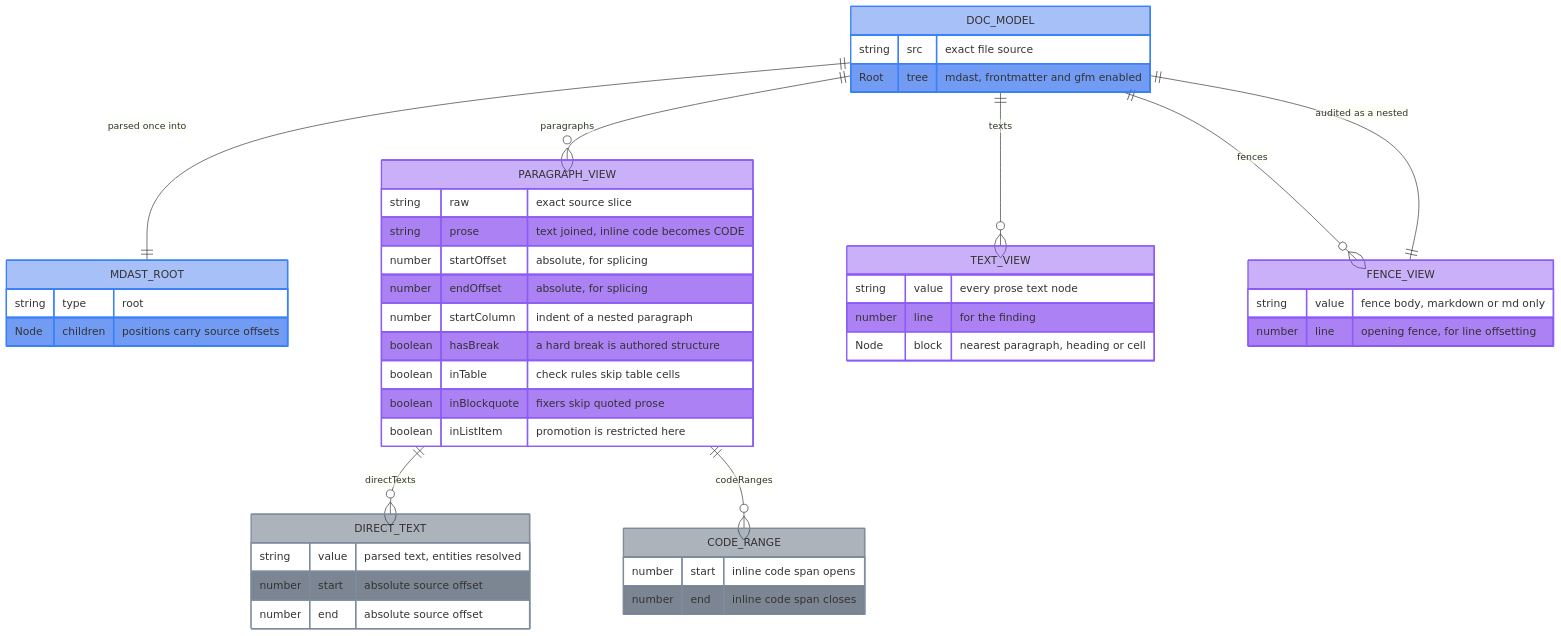
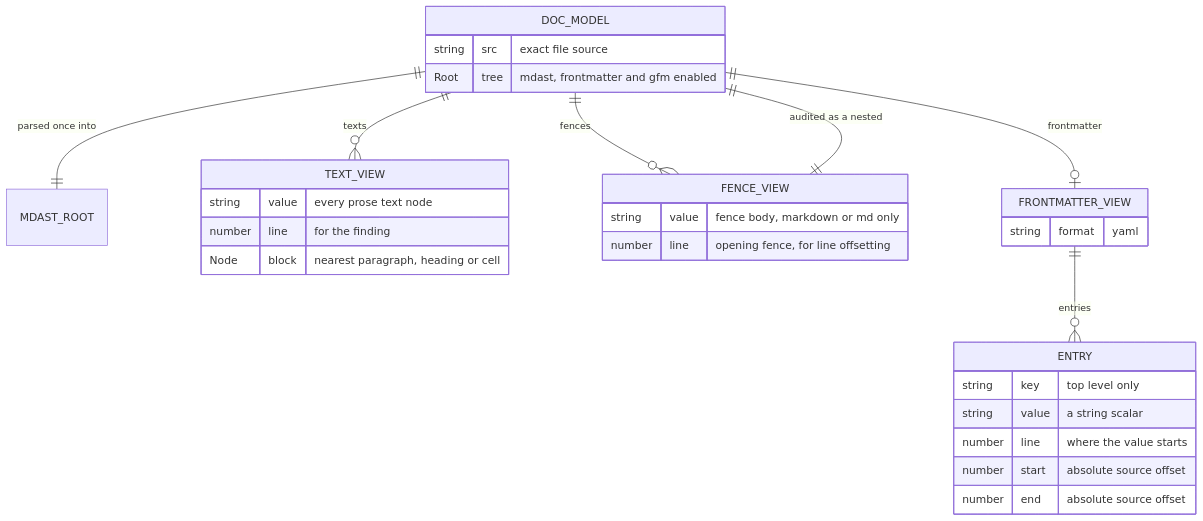
The third of 19 diagrams in docs/DATA_MODEL.md (jpeakai/jpai-prose-gates), drawn with Mermaid before and after one commit. The commit also changed other lines of this file, not shown here.

First line of the commit message:
docs: recalibrate the DATA_MODEL diagrams for portable rendering, dual density

````diff
--- a/docs/DATA_MODEL.md
+++ b/docs/DATA_MODEL.md
@@ -40,59 +86,33 @@
 ```mermaid
 erDiagram
     DOC_MODEL ||--|| MDAST_ROOT : "parsed once into"
-    DOC_MODEL ||--o{ PARAGRAPH_VIEW : "paragraphs"
     DOC_MODEL ||--o{ TEXT_VIEW : "texts"
     DOC_MODEL ||--o{ FENCE_VIEW : "fences"
-    PARAGRAPH_VIEW ||--o{ DIRECT_TEXT : "directTexts"
-    PARAGRAPH_VIEW ||--o{ CODE_RANGE : "codeRanges"
+    DOC_MODEL ||--o| FRONTMATTER_VIEW : "frontmatter"
+    FRONTMATTER_VIEW ||--o{ ENTRY : "entries"
     FENCE_VIEW ||--|| DOC_MODEL : "audited as a nested"
 
     DOC_MODEL {
         string src "exact file source"
         Root tree "mdast, frontmatter and gfm enabled"
-    }
-    MDAST_ROOT {
-        string type "root"
-        Node children "positions carry source offsets"
-    }
-    PARAGRAPH_VIEW {
-        string raw "exact source slice"
-        string prose "text joined, inline code becomes CODE"
-        number startOffset "absolute, for splicing"
-        number endOffset "absolute, for splicing"
-        number startColumn "indent of a nested paragraph"
-        boolean hasBreak "a hard break is authored structure"
-        boolean inTable "check rules skip table cells"
-        boolean inBlockquote "fixers skip quoted prose"
-        boolean inListItem "promotion is restricted here"
-    }
-    DIRECT_TEXT {
-        string value "parsed text, entities resolved"
-        number start "absolute source offset"
-        number end "absolute source offset"
-    }
-    CODE_RANGE {
-        number start "inline code span opens"
-        number end "inline code span closes"
     }
     TEXT_VIEW {
         string value "every prose text node"
         number line "for the finding"
         Node block "nearest paragraph, heading or cell"
     }
     FENCE_VIEW {
         string value "fence body, markdown or md only"
         number line "opening fence, for line offsetting"
     }
-
-    %% Attribute rows alternate, and only the even ones take a classDef fill.
-    %% The odd ones keep the theme background, so the label colour is left to
-    %% the theme and the fill is translucent enough to read under either one.
-    classDef source   fill:#2563eb66,stroke:#3b82f6,stroke-width:2px
-    classDef derived  fill:#7c3aed66,stroke:#8b5cf6,stroke-width:2px
-    classDef span     fill:#33415566,stroke:#7e8c9e,stroke-width:2px
-
-    class DOC_MODEL,MDAST_ROOT source
-    class PARAGRAPH_VIEW,TEXT_VIEW,FENCE_VIEW derived
-    class DIRECT_TEXT,CODE_RANGE span
+    FRONTMATTER_VIEW {
+        string format "yaml"
+    }
+    ENTRY {
+        string key "top level only"
+        string value "a string scalar"
+        number line "where the value starts"
+        number start "absolute source offset"
+        number end "absolute source offset"
+    }
 ```
````
